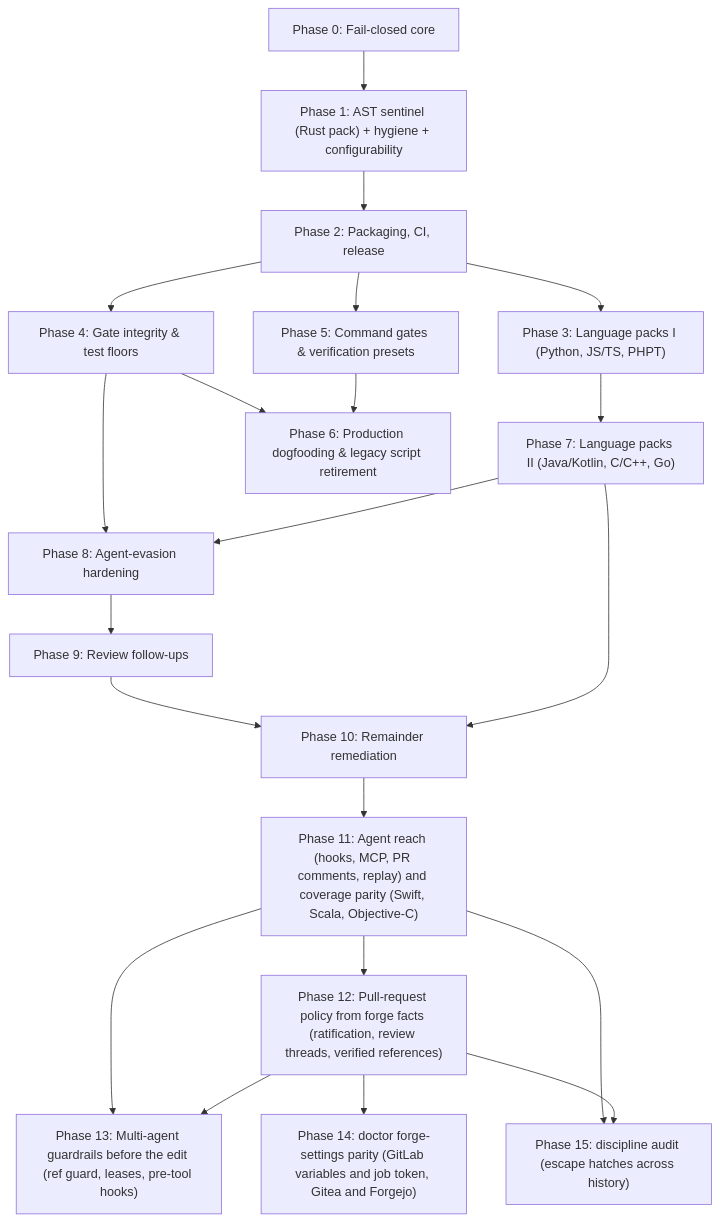
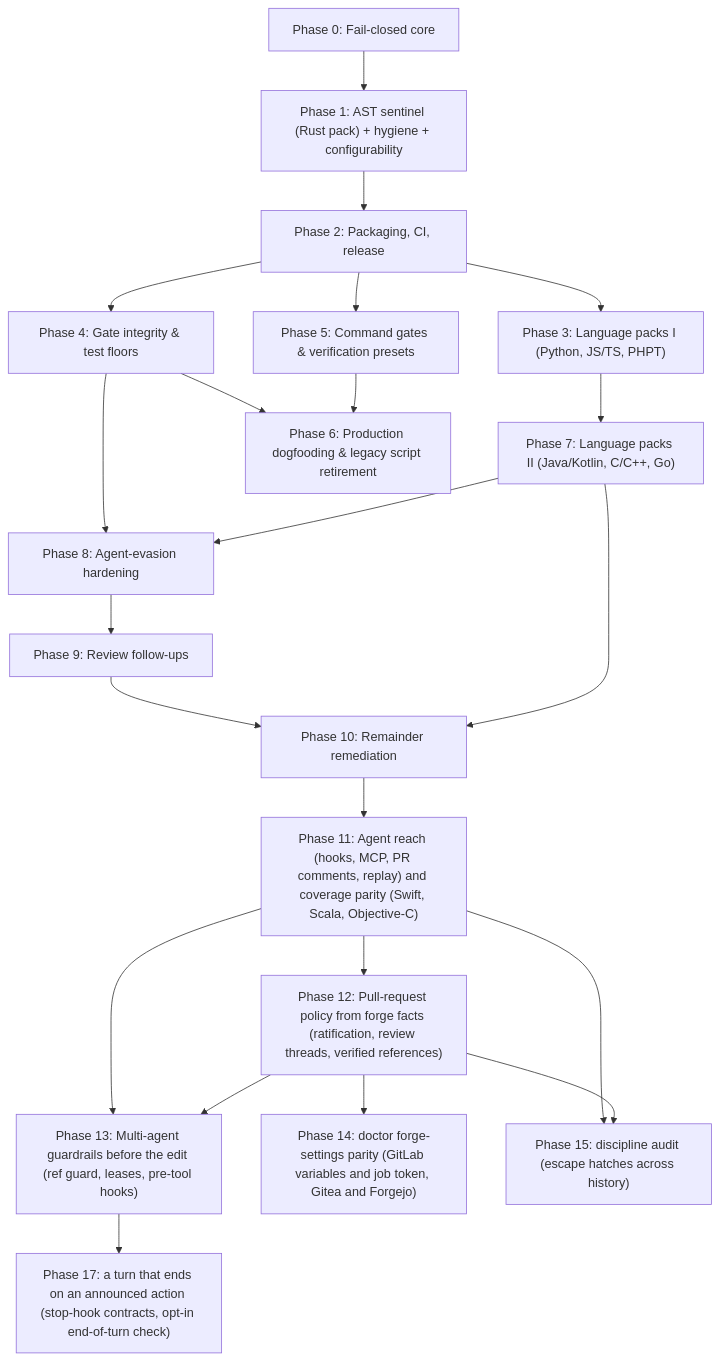
The diagram in docs/ROADMAP.md (orieg/discipline), drawn with Mermaid before and after one commit. The commit also changed other lines of this file and 31 other files, not shown here.

````diff
--- a/docs/ROADMAP.md
+++ b/docs/ROADMAP.md
@@ -17,23 +17,24 @@
 ```mermaid
 flowchart TD
     P0["Phase 0: Fail-closed core"] --> P1["Phase 1: AST sentinel (Rust pack) + hygiene + configurability"]
     P1 --> P2["Phase 2: Packaging, CI, release"]
     P2 --> P3["Phase 3: Language packs I (Python, JS/TS, PHPT)"]
     P2 --> P4["Phase 4: Gate integrity & test floors"]
     P2 --> P5["Phase 5: Command gates & verification presets"]
     P3 --> P7["Phase 7: Language packs II (Java/Kotlin, C/C++, Go)"]
     P4 --> P6["Phase 6: Production dogfooding & legacy script retirement"]
     P5 --> P6
     P4 --> P8["Phase 8: Agent-evasion hardening"]
     P8 --> P9["Phase 9: Review follow-ups"]
     P9 --> P10["Phase 10: Remainder remediation"]
     P7 --> P10
     P10 --> P11["Phase 11: Agent reach (hooks, MCP, PR comments, replay) and coverage parity (Swift, Scala, Objective-C)"]
     P7 --> P8
     P11 --> P12["Phase 12: Pull-request policy from forge facts (ratification, review threads, verified references)"]
     P11 --> P13["Phase 13: Multi-agent guardrails before the edit (ref guard, leases, pre-tool hooks)"]
     P12 --> P13
     P12 --> P14["Phase 14: doctor forge-settings parity (GitLab variables and job token, Gitea and Forgejo)"]
     P11 --> P15["Phase 15: discipline audit (escape hatches across history)"]
     P12 --> P15
+    P13 --> P17["Phase 17: a turn that ends on an announced action (stop-hook contracts, opt-in end-of-turn check)"]
 ```
````
